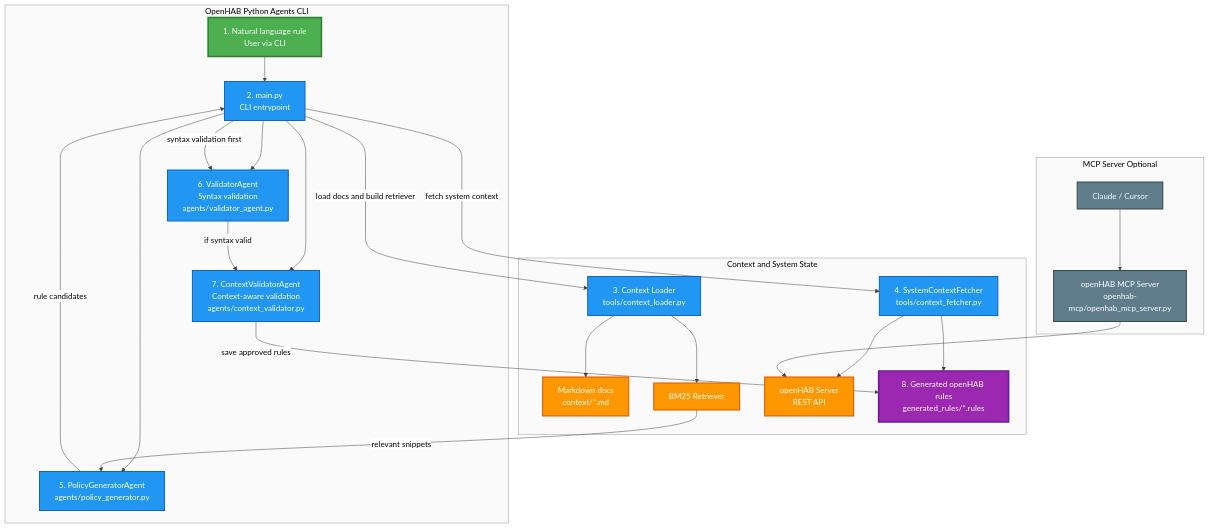
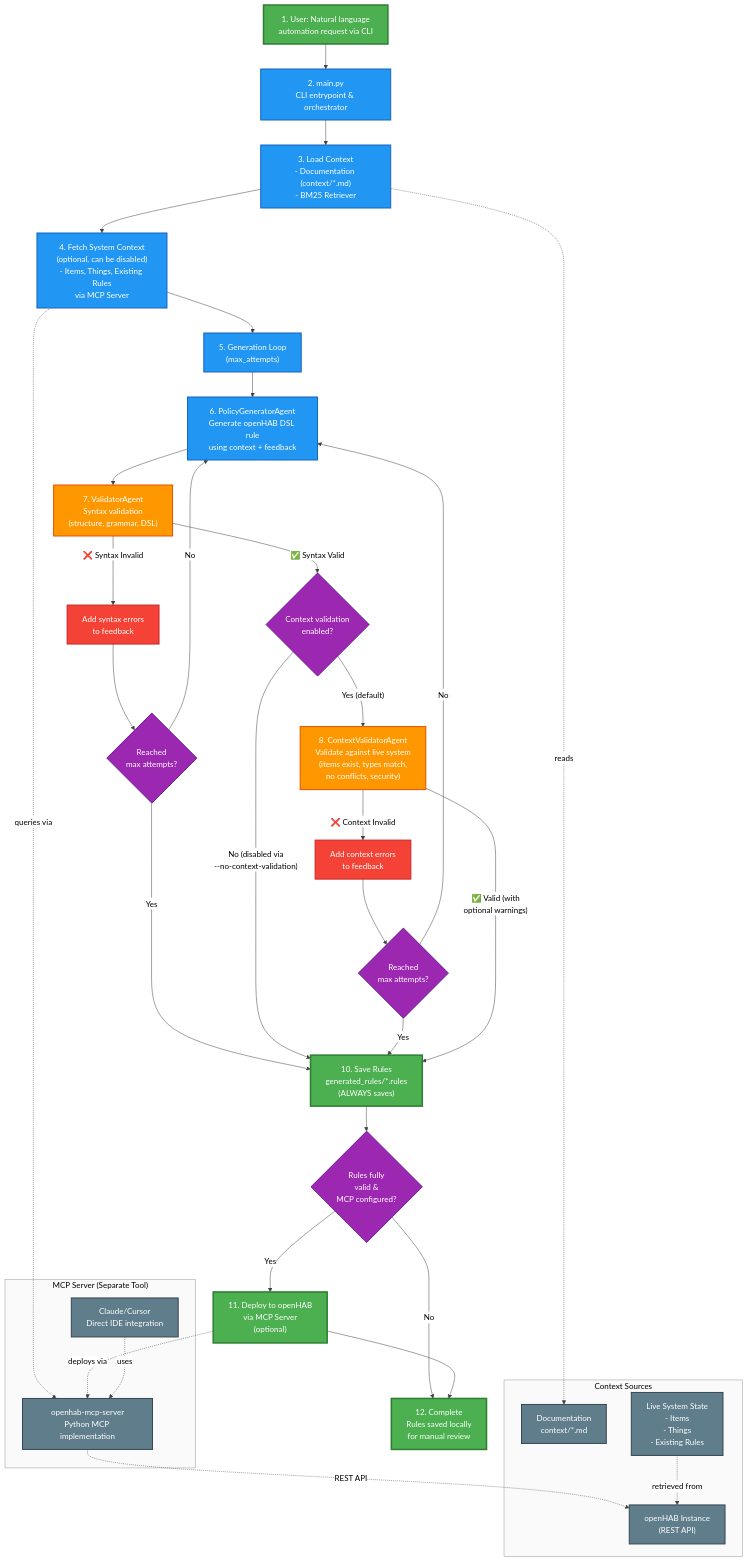
The diagram in ARCHITECTURE.md (cresset-lab/AgentHAB), drawn with Mermaid before and after one commit.

Commit message:
Revise architecture diagram in ARCHITECTURE.md to provide a comprehensive overview of the rule generation and validation flow, including detailed steps for context loading, syntax validation, and deployment processes. Update component names and enhance visual clarity with improved styling and data flow representation.

````diff
--- a/ARCHITECTURE.md
+++ b/ARCHITECTURE.md
@@ -5,58 +5,76 @@
 ```mermaid
 %%{init: {'theme':'base', 'themeVariables': { 'primaryColor':'#e3f2fd','primaryTextColor':'#000','primaryBorderColor':'#1976d2','lineColor':'#424242','secondaryColor':'#fff3e0','secondaryTextColor':'#000','secondaryBorderColor':'#f57c00','tertiaryColor':'#f3e5f5','tertiaryTextColor':'#000','tertiaryBorderColor':'#7b1fa2','background':'#ffffff','mainBkg':'#ffffff','nodeBorder':'#333','clusterBkg':'#fafafa','clusterBorder':'#999','edgeLabelBackground':'#ffffff'}}}%%
 flowchart TD
-  %% High-level architecture: OpenHAB Python agents + openHAB + optional MCP server
+  %% Complete rule generation and validation flow
 
-  subgraph A["OpenHAB Python Agents CLI"]
-    U["1. Natural language rule<br/>User via CLI"] --> M["2. main.py<br/>CLI entrypoint"]
-    M --> PG["5. PolicyGeneratorAgent<br/>agents/policy_generator.py"]
-    M --> SV["6. ValidatorAgent<br/>Syntax validation<br/>agents/validator_agent.py"]
-    M --> CV["7. ContextValidatorAgent<br/>Context-aware validation<br/>agents/context_validator.py"]
+  Start["1. User: Natural language<br/>automation request via CLI"] --> Main["2. main.py<br/>CLI entrypoint & orchestrator"]
+  
+  Main --> LoadContext["3. Load Context<br/>- Documentation (context/*.md)<br/>- BM25 Retriever"]
+  LoadContext --> FetchSystem["4. Fetch System Context<br/>(optional, can be disabled)<br/>- Items, Things, Existing Rules<br/>via MCP Server"]
+  
+  FetchSystem --> GenLoop["5. Generation Loop<br/>(max_attempts)"]
+  
+  GenLoop --> Generate["6. PolicyGeneratorAgent<br/>Generate openHAB DSL rule<br/>using context + feedback"]
+  
+  Generate --> SyntaxVal["7. ValidatorAgent<br/>Syntax validation<br/>(structure, grammar, DSL)"]
+  
+  SyntaxVal -->|"❌ Syntax Invalid"| Feedback1["Add syntax errors<br/>to feedback"]
+  Feedback1 --> CheckAttempts1{Reached<br/>max attempts?}
+  CheckAttempts1 -->|"No"| Generate
+  CheckAttempts1 -->|"Yes"| SaveRules
+  
+  SyntaxVal -->|"✅ Syntax Valid"| ContextCheck{Context validation<br/>enabled?}
+  
+  ContextCheck -->|"No (disabled via<br/>--no-context-validation)"| SaveRules["10. Save Rules<br/>generated_rules/*.rules<br/>(ALWAYS saves)"]
+  
+  ContextCheck -->|"Yes (default)"| ContextVal["8. ContextValidatorAgent<br/>Validate against live system<br/>(items exist, types match,<br/>no conflicts, security)"]
+  
+  ContextVal -->|"❌ Context Invalid"| Feedback2["Add context errors<br/>to feedback"]
+  Feedback2 --> CheckAttempts2{Reached<br/>max attempts?}
+  CheckAttempts2 -->|"No"| Generate
+  CheckAttempts2 -->|"Yes"| SaveRules
+  
+  ContextVal -->|"✅ Valid (with<br/>optional warnings)"| SaveRules
+  
+  SaveRules --> DeployCheck{Rules fully<br/>valid &<br/>MCP configured?}
+  
+  DeployCheck -->|"Yes"| Deploy["11. Deploy to openHAB<br/>via MCP Server<br/>(optional)"]
+  DeployCheck -->|"No"| End["12. Complete<br/>Rules saved locally<br/>for manual review"]
+  Deploy --> End
+
+  subgraph Context["Context Sources"]
+    Docs["Documentation<br/>context/*.md"]
+    SystemState["Live System State<br/>- Items<br/>- Things<br/>- Existing Rules"]
+    OH["openHAB Instance<br/>(REST API)"]
   end
 
-  subgraph B["Context and System State"]
-    CL["3. Context Loader<br/>tools/context_loader.py"]
-    DOCS["Markdown docs<br/>context/*.md"]
-    R["BM25 Retriever"]
-    CF["4. SystemContextFetcher<br/>tools/context_fetcher.py"]
-    OH["openHAB Server<br/>REST API"]
-    GR["8. Generated openHAB rules<br/>generated_rules/*.rules"]
+  subgraph MCP["MCP Server (Separate Tool)"]
+    MCPServer["openhab-mcp-server<br/>Python MCP implementation"]
+    IDE["Claude/Cursor<br/>Direct IDE integration"]
   end
 
-  subgraph C["MCP Server Optional"]
-    IDE["Claude / Cursor"]
-    MCP["openHAB MCP Server<br/>openhab-mcp/openhab_mcp_server.py"]
-  end
-
-  %% Data flow: request → context → generation → validation → rules
-  M -->|"load docs and build retriever"| CL
-  CL --> DOCS
-  CL --> R
-
-  M -->|"fetch system context"| CF
-  CF --> OH
-  CF --> GR
-
-  R -->|"relevant snippets"| PG
-  PG -->|"rule candidates"| M
-  M -->|"syntax validation first"| SV
-  SV -->|"if syntax valid"| CV
-  CV -->|"save approved rules"| GR
-
-  %% MCP integration path (separate from Python agents)
-  IDE --> MCP
-  MCP --> OH
+  LoadContext -.->|"reads"| Docs
+  FetchSystem -.->|"queries via"| MCPServer
+  MCPServer -.->|"REST API"| OH
+  Deploy -.->|"deploys via"| MCPServer
+  IDE -.->|"uses"| MCPServer
+  
+  SystemState -.->|"retrieved from"| OH
 
   %% Styling
   classDef inputNode fill:#4caf50,stroke:#2e7d32,stroke-width:3px,color:#fff
   classDef processNode fill:#2196f3,stroke:#1565c0,stroke-width:2px,color:#fff
-  classDef dataNode fill:#ff9800,stroke:#e65100,stroke-width:2px,color:#fff
-  classDef outputNode fill:#9c27b0,stroke:#6a1b9a,stroke-width:3px,color:#fff
-  classDef mcpNode fill:#607d8b,stroke:#37474f,stroke-width:2px,color:#fff
+  classDef validationNode fill:#ff9800,stroke:#e65100,stroke-width:2px,color:#fff
+  classDef decisionNode fill:#9c27b0,stroke:#6a1b9a,stroke-width:2px,color:#fff
+  classDef outputNode fill:#4caf50,stroke:#2e7d32,stroke-width:3px,color:#fff
+  classDef dataNode fill:#607d8b,stroke:#37474f,stroke-width:2px,color:#fff
+  classDef loopNode fill:#f44336,stroke:#c62828,stroke-width:2px,color:#fff
 
-  class U inputNode
-  class M,PG,CV,SV,CL,CF processNode
-  class DOCS,R,OH dataNode
-  class GR outputNode
-  class IDE,MCP mcpNode
+  class Start inputNode
+  class Main,LoadContext,FetchSystem,Generate,GenLoop processNode
+  class SyntaxVal,ContextVal validationNode
+  class ContextCheck,DeployCheck,CheckAttempts1,CheckAttempts2 decisionNode
+  class SaveRules,Deploy,End outputNode
+  class Docs,SystemState,OH,MCPServer,IDE dataNode
+  class Feedback1,Feedback2 loopNode
 ```
````
